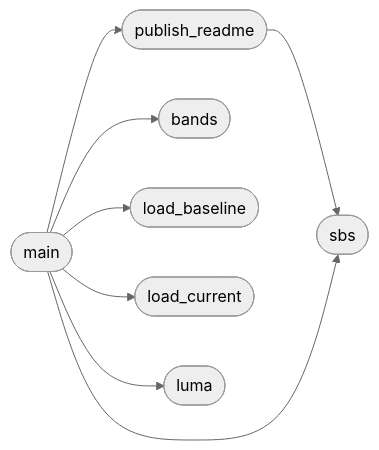
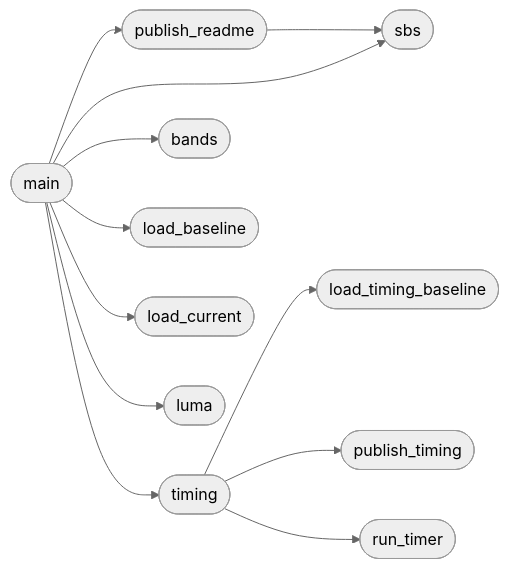
One commit to grisuno/FreeDom changed the diagram in readmenator-apidocs/modules/tools.fbench.py.md. Above: the diagram before and after it, drawn with Mermaid (neutral theme). The commit also changed other lines of this file and 194 other files, not shown here.

````diff
--- a/readmenator-apidocs/modules/tools.fbench.py.md
+++ b/readmenator-apidocs/modules/tools.fbench.py.md
@@ -33,17 +40,25 @@
 ```mermaid
 flowchart LR
     n_tools_fbench_py__publish_readme(["publish_readme"])
     n_tools_fbench_py__sbs(["sbs"])
+    n_tools_fbench_py__timing(["timing"])
+    n_tools_fbench_py__load_timing_baseline(["load_timing_baseline"])
+    n_tools_fbench_py__publish_timing(["publish_timing"])
+    n_tools_fbench_py__run_timer(["run_timer"])
     n_tools_fbench_py__main(["main"])
     n_tools_fbench_py__bands(["bands"])
     n_tools_fbench_py__load_baseline(["load_baseline"])
     n_tools_fbench_py__load_current(["load_current"])
     n_tools_fbench_py__luma(["luma"])
     n_tools_fbench_py__publish_readme --> n_tools_fbench_py__sbs
+    n_tools_fbench_py__timing --> n_tools_fbench_py__load_timing_baseline
+    n_tools_fbench_py__timing --> n_tools_fbench_py__publish_timing
+    n_tools_fbench_py__timing --> n_tools_fbench_py__run_timer
     n_tools_fbench_py__main --> n_tools_fbench_py__bands
     n_tools_fbench_py__main --> n_tools_fbench_py__load_baseline
     n_tools_fbench_py__main --> n_tools_fbench_py__load_current
     n_tools_fbench_py__main --> n_tools_fbench_py__luma
     n_tools_fbench_py__main --> n_tools_fbench_py__publish_readme
     n_tools_fbench_py__main --> n_tools_fbench_py__sbs
+    n_tools_fbench_py__main --> n_tools_fbench_py__timing
 ```
````
